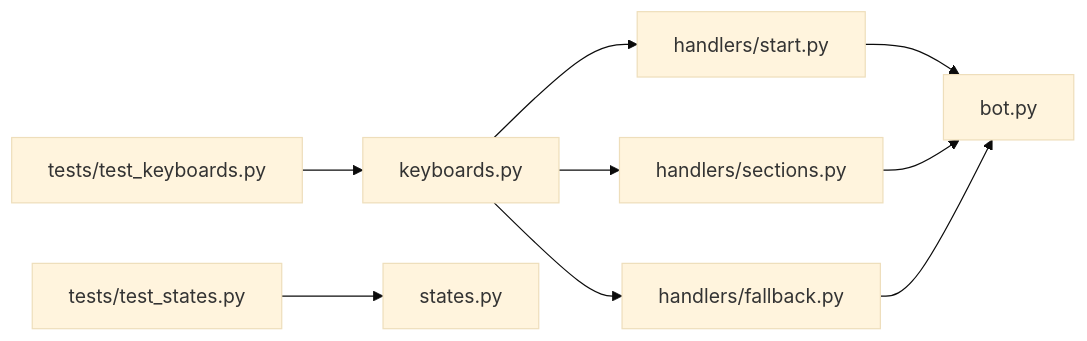
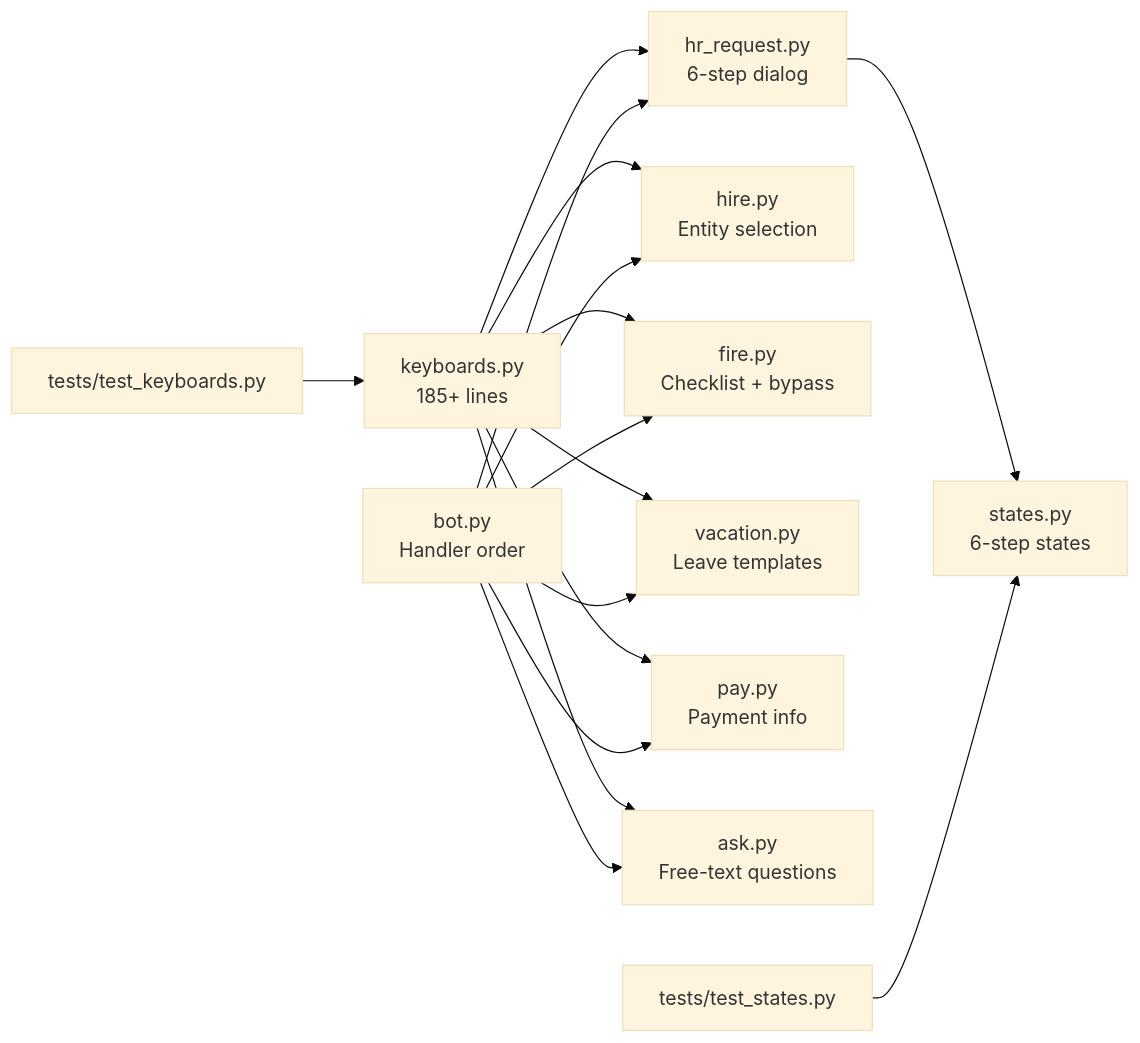
Before and after one commit to ognelis/cafetera_hr_bot: the ninth of 10 diagrams in .qoder/repowiki/en/content/Keyboard System.md, drawn with Mermaid (base theme). The commit also changed other lines of this file and 15 other files, not shown here.

````diff
--- a/.qoder/repowiki/en/content/Keyboard System.md
+++ b/.qoder/repowiki/en/content/Keyboard System.md
@@ -317,11 +431,18 @@
 ```mermaid
 graph LR
-KB["keyboards.py"] --> START["handlers/start.py"]
-KB --> SECTIONS["handlers/sections.py"]
-KB --> FALLBACK["handlers/fallback.py"]
-START --> BOT["bot.py"]
-SECTIONS --> BOT
-FALLBACK --> BOT
+KB["keyboards.py<br/>185+ lines"] --> HR_REQ["hr_request.py<br/>6-step dialog"]
+KB --> HIRE["hire.py<br/>Entity selection"]
+KB --> FIRE["fire.py<br/>Checklist + bypass"]
+KB --> VACATION["vacation.py<br/>Leave templates"]
+KB --> PAY["pay.py<br/>Payment info"]
+KB --> ASK["ask.py<br/>Free-text questions"]
+HR_REQ --> STATES["states.py<br/>6-step states"]
+BOT["bot.py<br/>Handler order"] --> HR_REQ
+BOT --> HIRE
+BOT --> FIRE
+BOT --> VACATION
+BOT --> PAY
+BOT --> ASK
 TEST_KB["tests/test_keyboards.py"] --> KB
-TEST_STATES["tests/test_states.py"] --> STATES["states.py"]
+TEST_STATES["tests/test_states.py"] --> STATES
 ```
````
